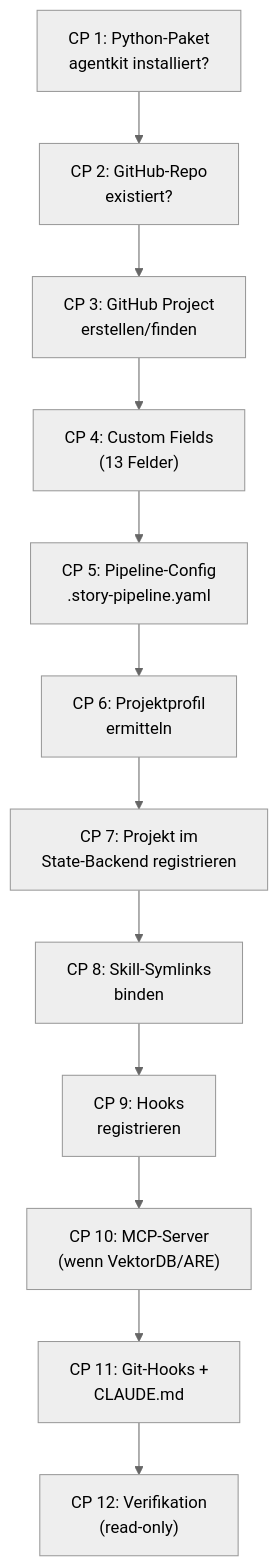
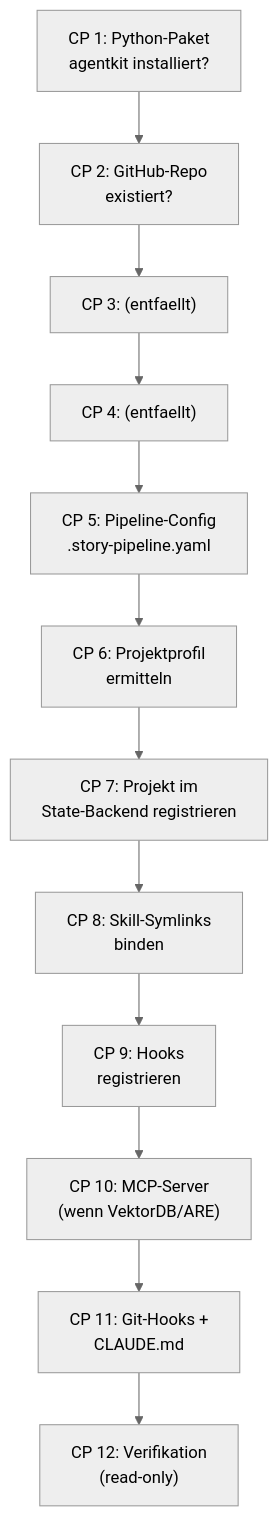
The diagram in concept/technical-design/50_installer_checkpoint_engine_bootstrap.md (saltenhof/claude-agentkit3), drawn with Mermaid (neutral theme) before and after one commit. The commit also changed other lines of this file and 28 other files, not shown here.

First line of the commit message:
Konzept-Cleanup: GitHub Projects komplett entfernen

````diff
--- a/concept/technical-design/50_installer_checkpoint_engine_bootstrap.md
+++ b/concept/technical-design/50_installer_checkpoint_engine_bootstrap.md
@@ -128,15 +128,15 @@
 ```mermaid
 flowchart TD
     CP1["CP 1: Python-Paket<br/>agentkit installiert?"] --> CP2
     CP2["CP 2: GitHub-Repo<br/>existiert?"] --> CP3
-    CP3["CP 3: GitHub Project<br/>erstellen/finden"] --> CP4
-    CP4["CP 4: Custom Fields<br/>(13 Felder)"] --> CP5
+    CP3["CP 3: (entfaellt)"] --> CP4
+    CP4["CP 4: (entfaellt)"] --> CP5
     CP5["CP 5: Pipeline-Config<br/>.story-pipeline.yaml"] --> CP6
     CP6["CP 6: Projektprofil<br/>ermitteln"] --> CP7
     CP7["CP 7: Projekt im<br/>State-Backend registrieren"] --> CP8
     CP8["CP 8: Skill-Symlinks<br/>binden"] --> CP9
     CP9["CP 9: Hooks<br/>registrieren"] --> CP10
     CP10["CP 10: MCP-Server<br/>(wenn VektorDB/ARE)"] --> CP11
     CP11["CP 11: Git-Hooks +<br/>CLAUDE.md"] --> CP12
     CP12["CP 12: Verifikation<br/>(read-only)"]
 ```
````
